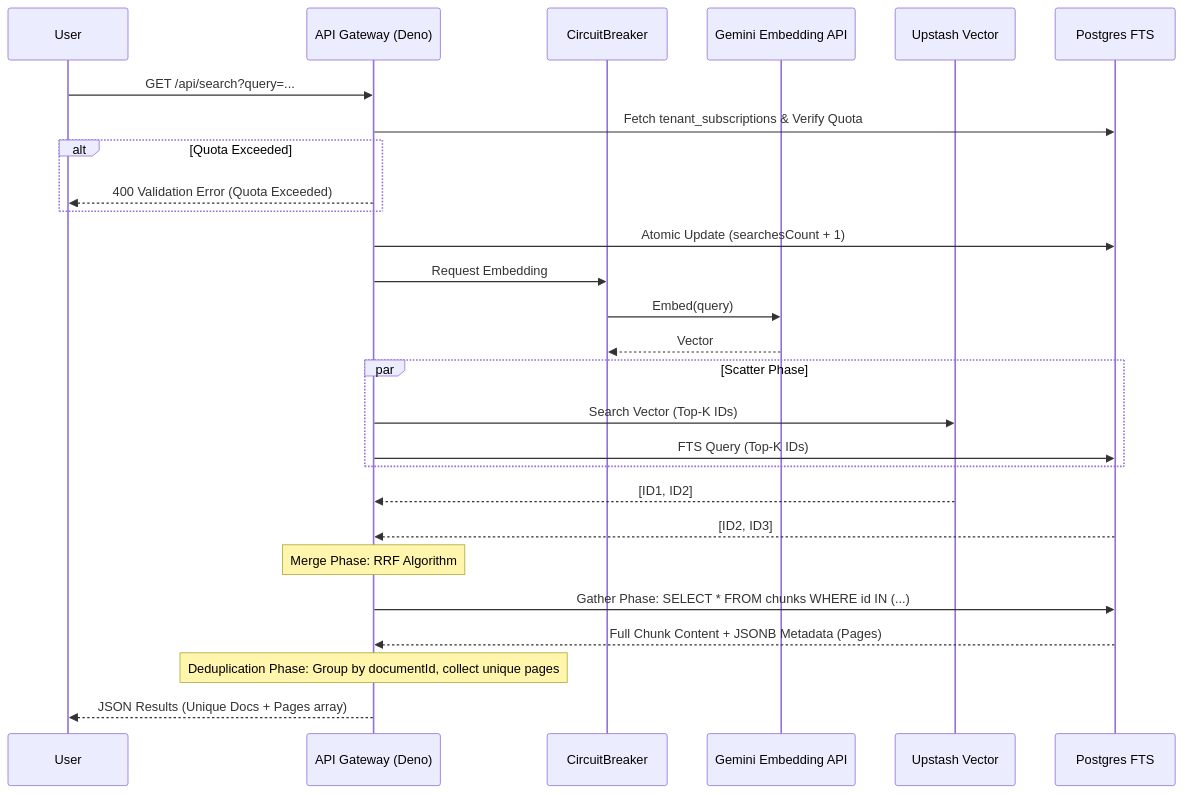
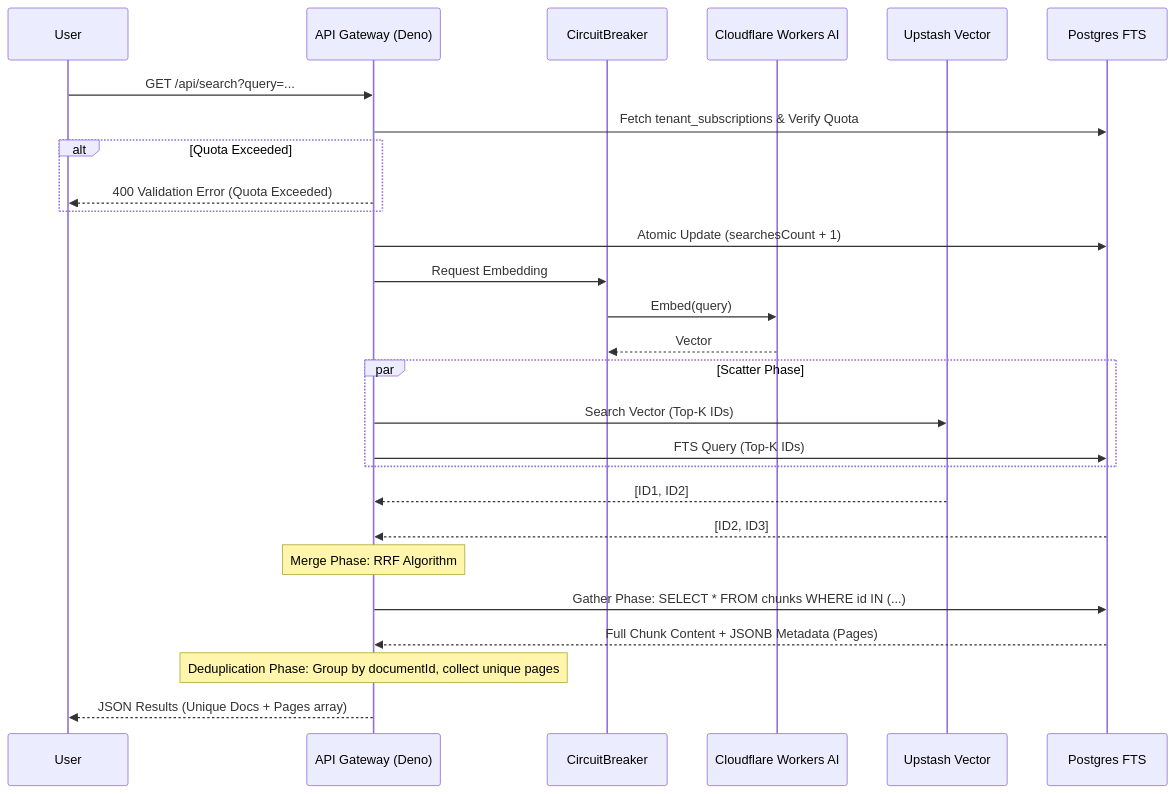
The diagram in docs/features/hybrid-search.md (kanzhamada/Dokyudo), drawn with Mermaid before and after one commit. The commit also changed other lines of this file and 2 other files, not shown here.

First line of the commit message:
Migrate search embeddings to Cloudflare Workers AI

````diff
--- a/docs/features/hybrid-search.md
+++ b/docs/features/hybrid-search.md
@@ -16,34 +16,34 @@
 ```mermaid
 sequenceDiagram
     participant User
     participant Gateway as API Gateway (Deno)
     participant CircuitBreaker
-    participant LLM as Gemini Embedding API
+    participant LLM as Cloudflare Workers AI
     participant Upstash as Upstash Vector
     participant DB as Postgres FTS
 
     User->>Gateway: GET /api/search?query=...
     Gateway->>DB: Fetch tenant_subscriptions & Verify Quota
     alt Quota Exceeded
         Gateway-->>User: 400 Validation Error (Quota Exceeded)
     end
     Gateway->>DB: Atomic Update (searchesCount + 1)
     Gateway->>CircuitBreaker: Request Embedding
     CircuitBreaker->>LLM: Embed(query)
     LLM-->>CircuitBreaker: Vector
     
     par Scatter Phase
         Gateway->>Upstash: Search Vector (Top-K IDs)
         Gateway->>DB: FTS Query (Top-K IDs)
     end
     
     Upstash-->>Gateway: [ID1, ID2]
     DB-->>Gateway: [ID2, ID3]
     
     Note over Gateway: Merge Phase: RRF Algorithm
     
     Gateway->>DB: Gather Phase: SELECT * FROM chunks WHERE id IN (...)
     DB-->>Gateway: Full Chunk Content + JSONB Metadata (Pages)
     Note over Gateway: Deduplication Phase: Group by documentId, collect unique pages
     Gateway-->>User: JSON Results (Unique Docs + Pages array)
 ```
````
